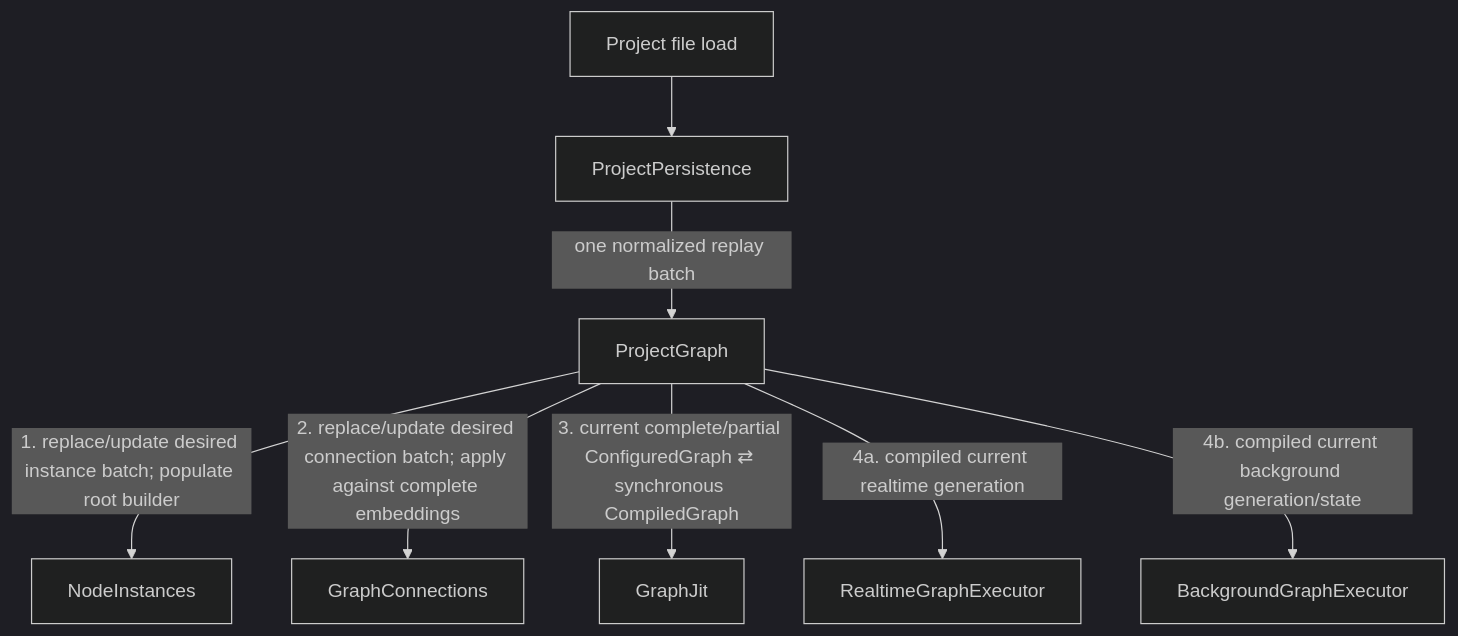
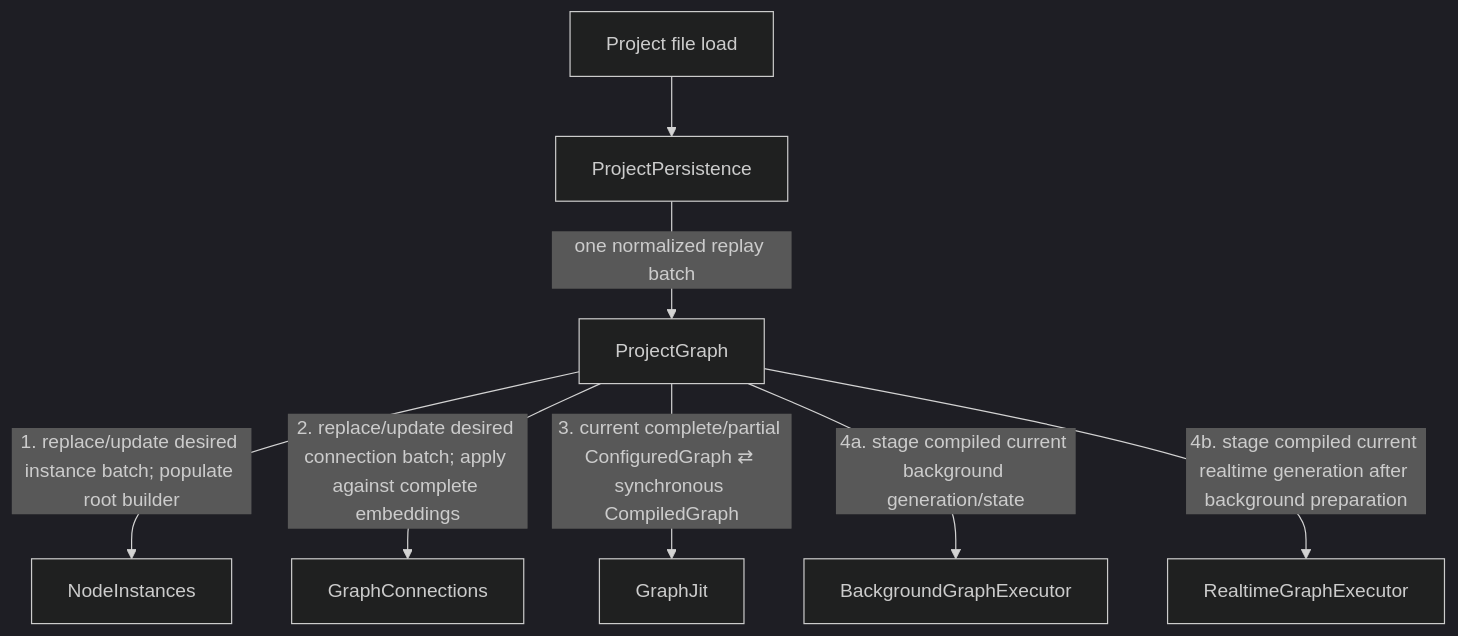
The first of 2 diagrams in docs/event_flows/startup_and_project_replay.md (ljleb/intravenous), drawn with Mermaid (dark theme) before and after one commit. The commit also changed other lines of this file and 12 other files, not shown here.

````diff
--- a/docs/event_flows/startup_and_project_replay.md
+++ b/docs/event_flows/startup_and_project_replay.md
@@ -10,19 +10,19 @@
 ```mermaid
 flowchart TD
     SRC["Project file load"]
     PP["ProjectPersistence"]
     PG["ProjectGraph"]
     NI["NodeInstances"]
     GC["GraphConnections"]
     GJ["GraphJit"]
     RGE["RealtimeGraphExecutor"]
     BGE["BackgroundGraphExecutor"]
 
     SRC --> PP
     PP -->|"one normalized replay batch"| PG
     PG -->|"1. replace/update desired instance batch; populate root builder"| NI
     PG -->|"2. replace/update desired connection batch; apply against complete embeddings"| GC
     PG -->|"3. current complete/partial ConfiguredGraph ⇄ synchronous CompiledGraph"| GJ
-    PG -->|"4a. compiled current realtime generation"| RGE
-    PG -->|"4b. compiled current background generation/state"| BGE
+    PG -->|"4a. stage compiled current background generation/state"| BGE
+    PG -->|"4b. stage compiled current realtime generation after background preparation"| RGE
 ```
````
